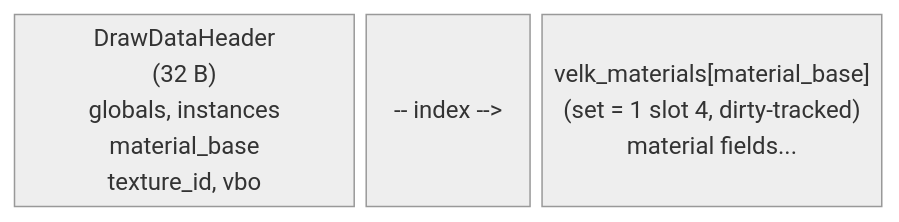
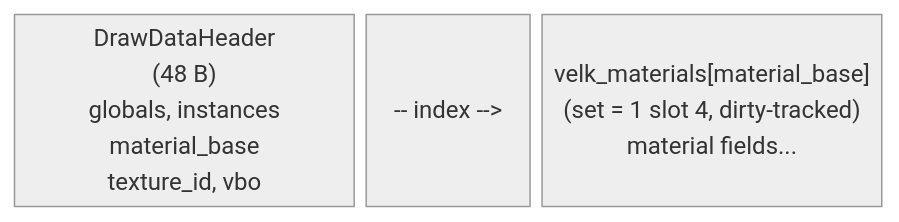
The third of 4 diagrams in docs/render/render-backend.md (ljaaskela/velk-platform), drawn with Mermaid (neutral theme) before and after one commit. The commit also changed other lines of this file and 7 other files, not shown here.

````diff
--- a/docs/render/render-backend.md
+++ b/docs/render/render-backend.md
@@ -460,5 +465,5 @@
 ```mermaid
 block-beta
     columns 5
-    A["DrawDataHeader<br/>(32 B)<br/>globals, instances<br/>material_base<br/>texture_id, vbo"]:2 B["-- index -->"]:1 C["velk_materials[material_base]<br/>(set = 1 slot 4, dirty-tracked)<br/>material fields..."]:2
+    A["DrawDataHeader<br/>(48 B)<br/>globals, instances<br/>material_base<br/>texture_id, vbo"]:2 B["-- index -->"]:1 C["velk_materials[material_base]<br/>(set = 1 slot 4, dirty-tracked)<br/>material fields..."]:2
 ```
````
